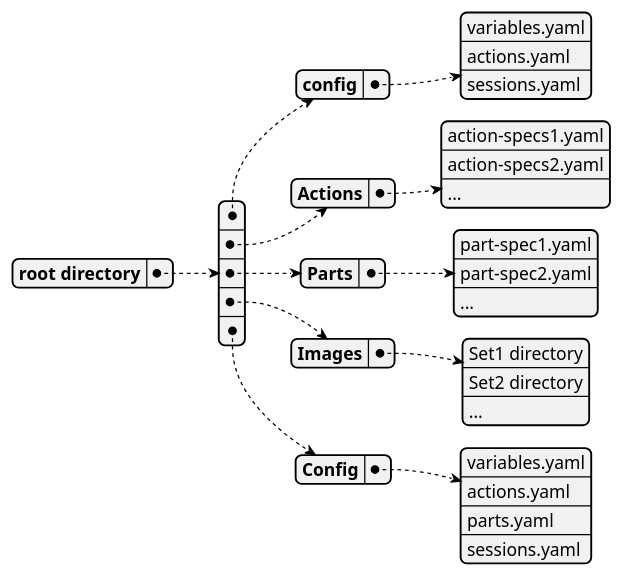
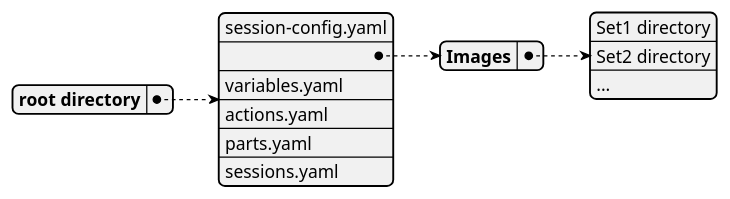
One commit to MARTIMM/SessionManager changed the first of 5 diagrams in doc/session-manager.md. Above: the diagram before and after it, drawn with PlantUML.

````diff
--- a/doc/session-manager.md
+++ b/doc/session-manager.md
@@ -57,26 +57,14 @@
   ```plantuml
   @startyaml
   root directory:
-    - config:
-      - variables.yaml
-      - actions.yaml
-      - sessions.yaml
-    - Actions:
-      - action-specs1.yaml
-      - action-specs2.yaml
-      - ...
-    - Parts:
-      - part-spec1.yaml
-      - part-spec2.yaml
-      - ...
+    - session-config.yaml
     - Images:
       - Set1 directory
       - Set2 directory
       - ...
-    - Config:
-      - variables.yaml
-      - actions.yaml
-      - parts.yaml
-      - sessions.yaml
+    - variables.yaml
+    - actions.yaml
+    - parts.yaml
+    - sessions.yaml
   @endyaml
   ```
````
